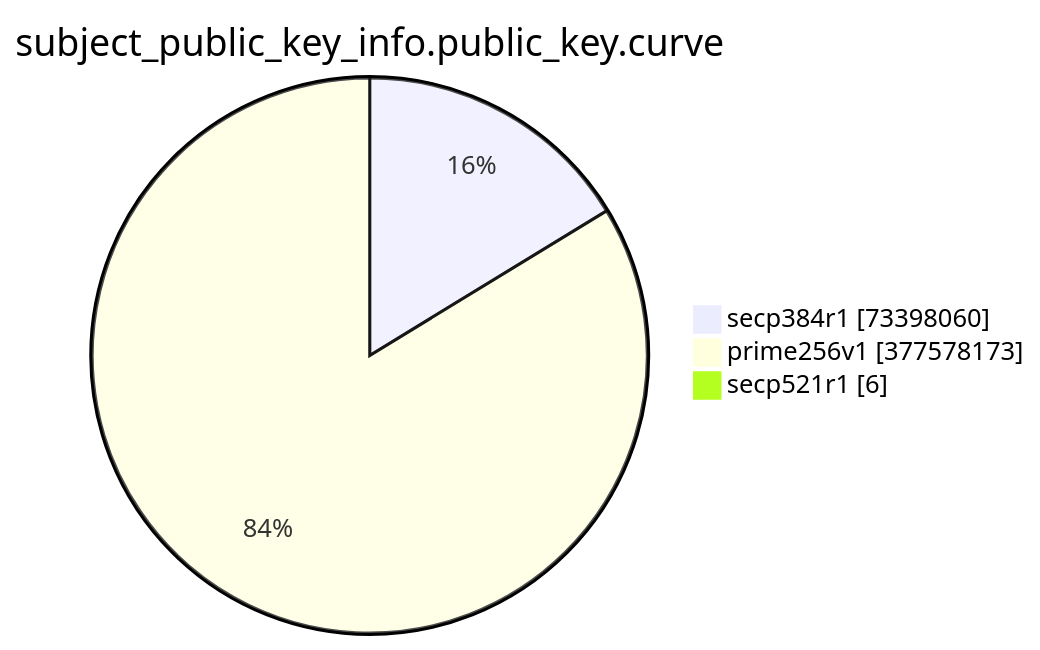
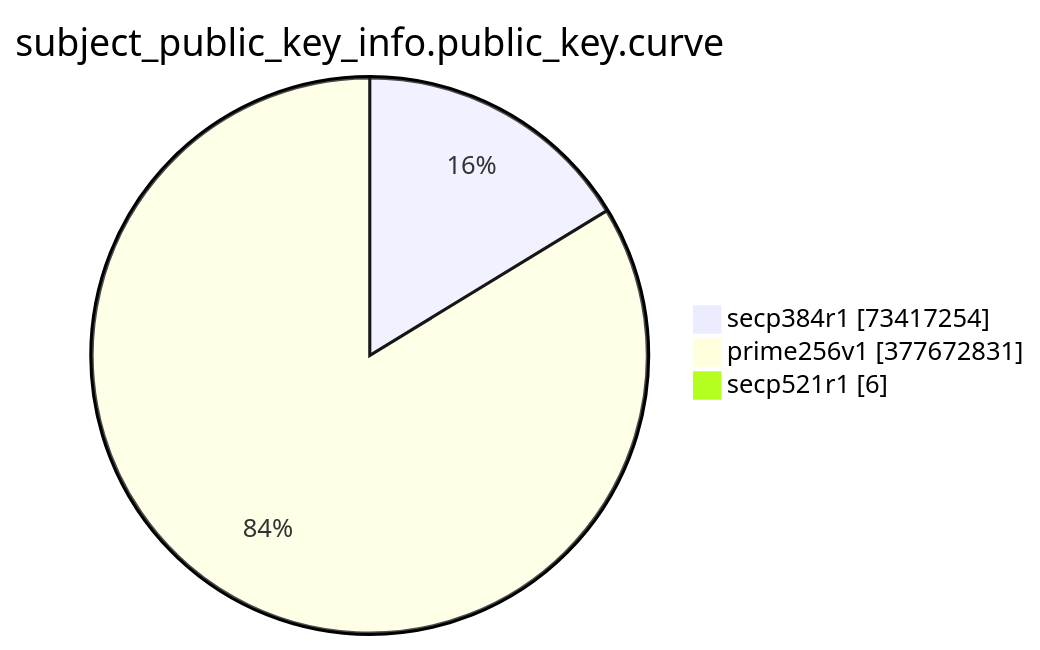
One commit to christiankrug/ctmonitor_visualization changed the eighth of 15 diagrams in TOTAL/README.md. Above: the diagram before and after it, drawn with Mermaid. The commit also changed other lines of this file, not shown here.

````diff
--- a/TOTAL/README.md
+++ b/TOTAL/README.md
@@ -3094,7 +3094,7 @@
 ```mermaid
 pie showData
 title subject_public_key_info.public_key.curve
-"secp384r1" :73398060
-"prime256v1" :377578173
+"secp384r1" :73417254
+"prime256v1" :377672831
 "secp521r1" :6
 ```
````
